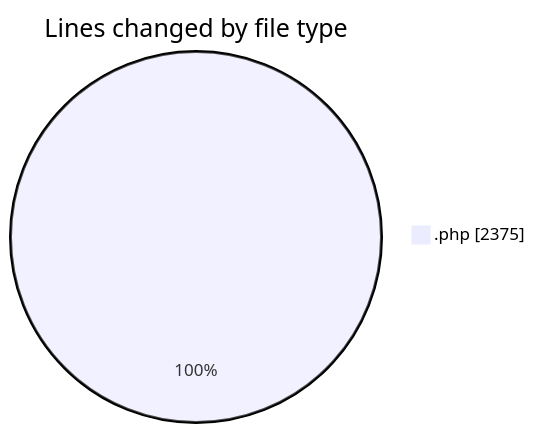
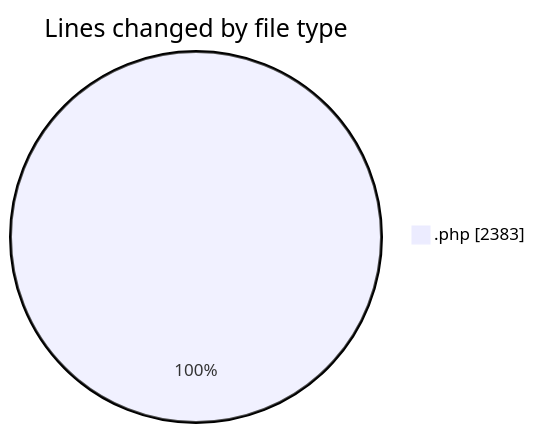
Before and after one commit to debugP/code-tracking: the first of 2 diagrams in 2025-10-08/untitled__workspace_/README.md, drawn with Mermaid. The commit also changed other lines of this file and 1 other file, not shown here.

````diff
--- a/2025-10-08/untitled__workspace_/README.md
+++ b/2025-10-08/untitled__workspace_/README.md
@@ -24,5 +24,5 @@
 ```mermaid
 pie showData
 title Lines changed by file type
-".php" : 2375
+".php" : 2383
 ```
````
